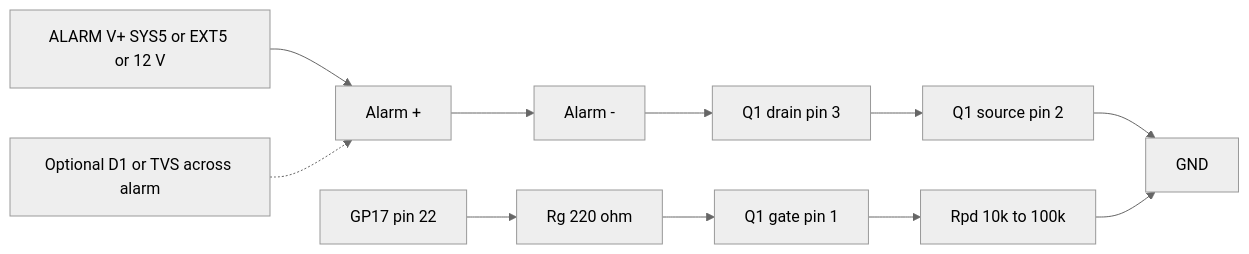
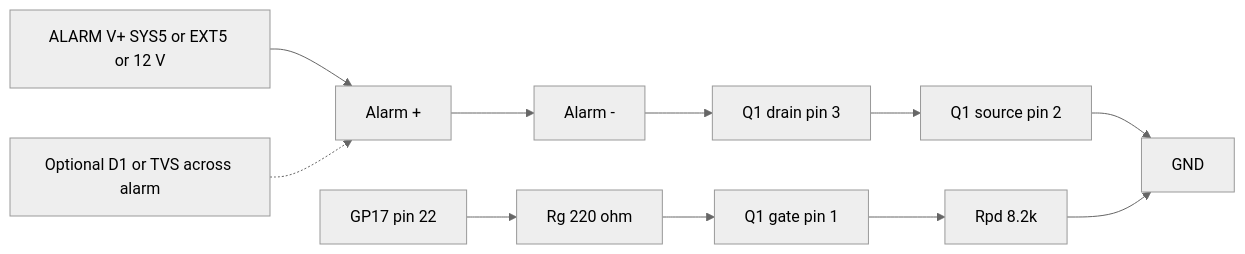
The diagram in docs/data/logic-level-n-mosfet-driver.md (frye/moorpheus), drawn with Mermaid (neutral theme) before and after one commit. The commit also changed other lines of this file and 13 other files, not shown here.

````diff
--- a/docs/data/logic-level-n-mosfet-driver.md
+++ b/docs/data/logic-level-n-mosfet-driver.md
@@ -50,13 +50,13 @@
 ```mermaid
 flowchart LR
   VS["ALARM V+ SYS5 or EXT5 or 12 V"] --> ALP["Alarm +"]
   ALP --> ALM["Alarm -"]
   ALM --> D["Q1 drain pin 3"]
   D --> S["Q1 source pin 2"]
   S --> G0["GND"]
   P17["GP17 pin 22"] --> RG["Rg 220 ohm"]
   RG --> GT["Q1 gate pin 1"]
-  GT --> RPD["Rpd 10k to 100k"]
+  GT -->   RPD["Rpd 8.2k"]
   RPD --> G0
   DOPT["Optional D1 or TVS across alarm"] -.-> ALP
 ```
````
